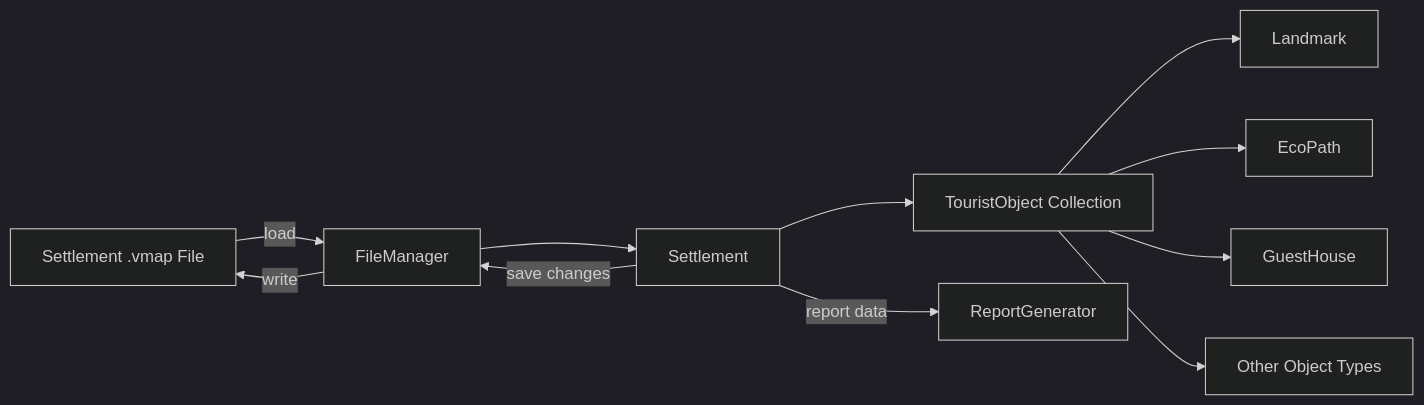
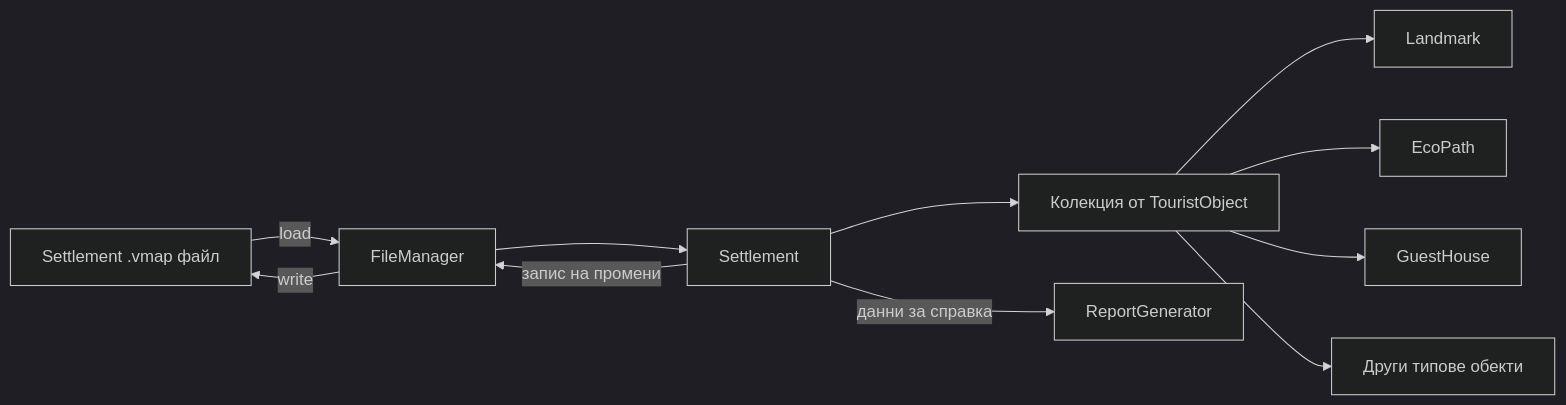
The fifth of 5 diagrams in docs/villagemap_architecture.md (D3GG/VillageMap), drawn with Mermaid (dark theme) before and after one commit. The commit also changed other lines of this file and 2 other files, not shown here.

````diff
--- a/docs/villagemap_architecture.md
+++ b/docs/villagemap_architecture.md
@@ -416,15 +418,15 @@
 ```mermaid
 flowchart LR
-    A[Settlement .vmap File] -->|load| B[FileManager]
+    A[Settlement .vmap файл] -->|load| B[FileManager]
     B --> C[Settlement]
-    C --> D[TouristObject Collection]
+    C --> D[Колекция от TouristObject]
 
     D --> E[Landmark]
     D --> F[EcoPath]
     D --> G[GuestHouse]
-    D --> H[Other Object Types]
+    D --> H[Други типове обекти]
 
-    C -->|report data| I[ReportGenerator]
-    C -->|save changes| B
+    C -->|данни за справка| I[ReportGenerator]
+    C -->|запис на промени| B
     B -->|write| A
 ```
````
